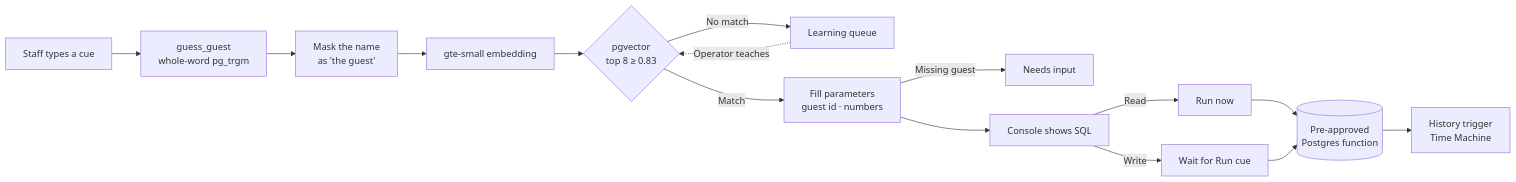
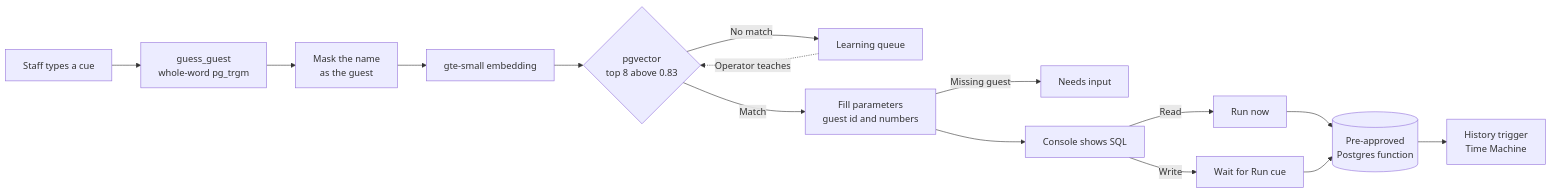
The diagram in README.md (Chi944/Backstage), drawn with Mermaid before and after one commit.

Commit message:
README: quote Mermaid labels so GitHub renders the diagram

````diff
--- a/README.md
+++ b/README.md
@@ -130,17 +130,17 @@
 ```mermaid
 flowchart LR
-    A[Staff types a cue] --> B[guess_guest<br/>whole-word pg_trgm]
-    B --> C[Mask the name<br/>as 'the guest']
-    C --> D[gte-small embedding]
-    D --> E{pgvector<br/>top 8 ≥ 0.83}
-    E -->|No match| Q[Learning queue]
-    E -->|Match| F[Fill parameters<br/>guest id · numbers]
-    F -->|Missing guest| N[Needs input]
-    F --> G[Console shows SQL]
-    G -->|Read| H[Run now]
-    G -->|Write| I[Wait for Run cue]
-    H --> J[(Pre-approved<br/>Postgres function)]
+    A["Staff types a cue"] --> B["guess_guest<br/>whole-word pg_trgm"]
+    B --> C["Mask the name<br/>as the guest"]
+    C --> D["gte-small embedding"]
+    D --> E{"pgvector<br/>top 8 above 0.83"}
+    E -->|"No match"| Q["Learning queue"]
+    E -->|"Match"| F["Fill parameters<br/>guest id and numbers"]
+    F -->|"Missing guest"| N["Needs input"]
+    F --> G["Console shows SQL"]
+    G -->|"Read"| H["Run now"]
+    G -->|"Write"| I["Wait for Run cue"]
+    H --> J[("Pre-approved<br/>Postgres function")]
     I --> J
-    J --> K[History trigger<br/>Time Machine]
-    Q -.->|Operator teaches| E
+    J --> K["History trigger<br/>Time Machine"]
+    Q -.->|"Operator teaches"| E
 ```
````
